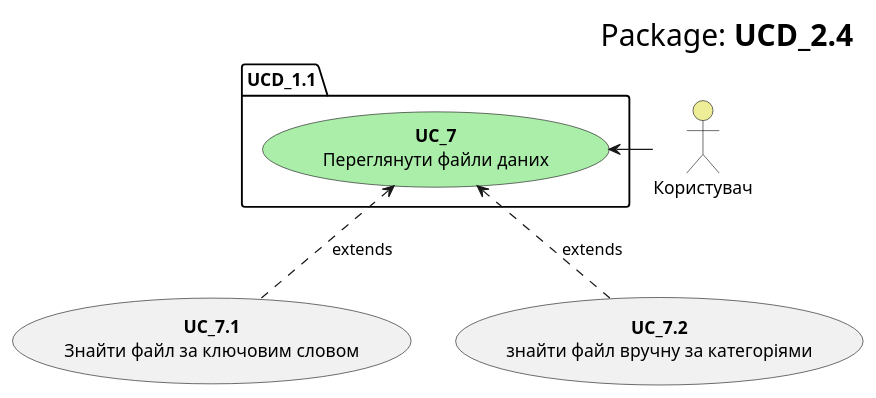
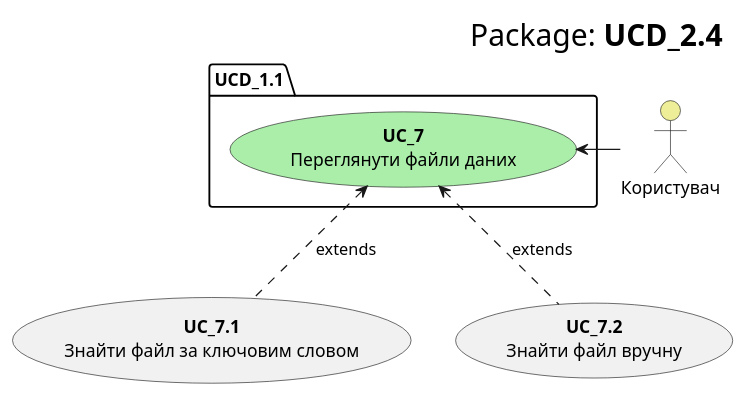
The diagram in src/uml/usecase27.puml (KarmazinN/db_open_data), drawn with PlantUML before and after one commit.

```diff
--- a/src/uml/usecase27.puml
+++ b/src/uml/usecase27.puml
@@ -1,19 +1,19 @@
 @startuml
     right header
         <font size=24 color=black>Package:<b> UCD_2.4
     end header
 
     package UCD_1.1 {
         usecase "<b>UC_7</b>\nПереглянути файли даних" as UC_7 #aaeeaa
     }
     
     actor "Користувач" as User #eeee99
     User -l-> UC_7
     
     usecase "<b>UC_7.1</b>\nЗнайти файл за ключовим словом" as UC_7.1
-    usecase "<b>UC_7.2</b>\nзнайти файл вручну за категоріями" as UC_7.2
+    usecase "<b>UC_7.2</b>\nЗнайти файл вручну" as UC_7.2
     
     
     UC_7.1 .u.> UC_7: extends
     UC_7.2 .u.> UC_7: extends
 @enduml
```
